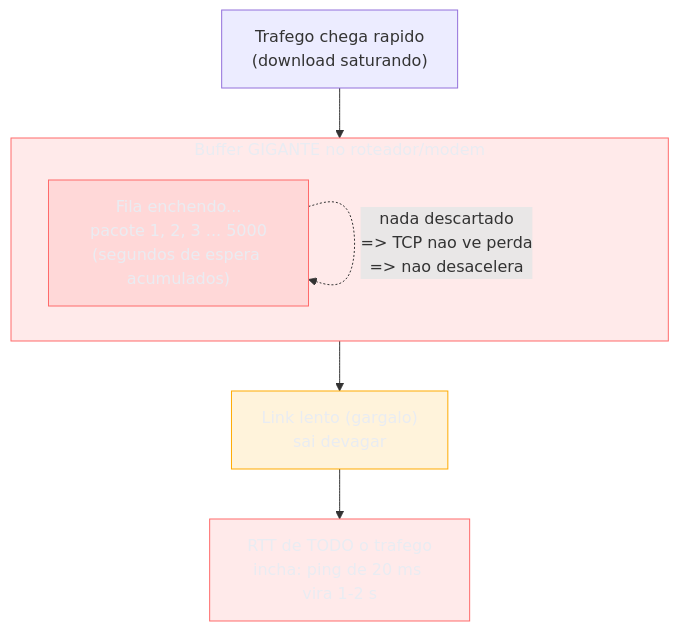
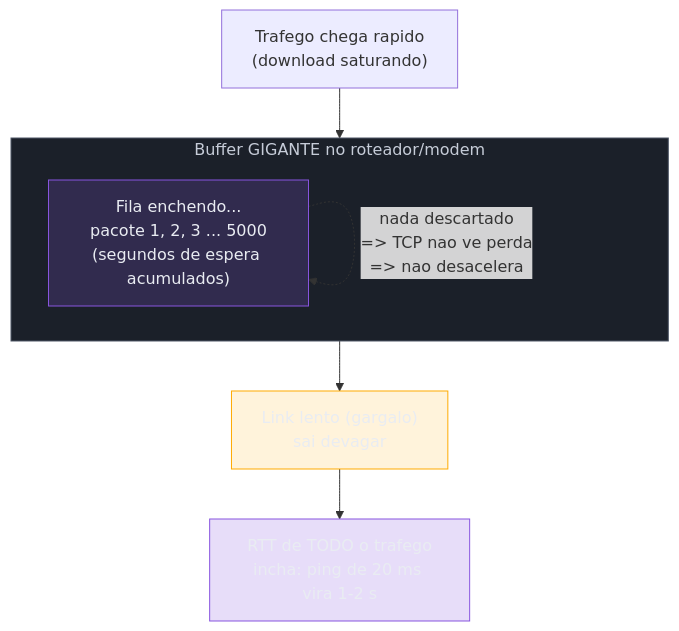
One commit to josenaldo/codex-technomanticus changed the fifth of 5 diagrams in 03-Dominios/Ciência/Redes e Protocolos/12 - Latência, throughput e os números.md. Above: the diagram before and after it, drawn with Mermaid. The commit also changed other lines of this file and 601 other files, not shown here.

````diff
--- a/03-Dominios/Ciência/Redes e Protocolos/12 - Latência, throughput e os números.md
+++ b/03-Dominios/Ciência/Redes e Protocolos/12 - Latência, throughput e os números.md
@@ -274,20 +274,21 @@
 ```mermaid
 flowchart TD
-    classDef falha fill:#FF6B6B24,stroke:#FF6B6B,color:#E9ECF2
+    classDef marca fill:#8855DF33,stroke:#8855DF,color:#E9ECF2
+    classDef neutro fill:#1B2029,stroke:#4E5666,color:#C6CCD8
     classDef destaque fill:#FFAA0024,stroke:#FFAA00,color:#E9ECF2
     SRC["Trafego chega rapido<br/>(download saturando)"] --> BUF
 
     subgraph BUF["Buffer GIGANTE no roteador/modem"]
         Q["Fila enchendo...<br/>pacote 1, 2, 3 ... 5000<br/>(segundos de espera acumulados)"]
     end
 
     BUF --> LINK["Link lento (gargalo)<br/>sai devagar"]
 
     Q -. "nada descartado<br/>=> TCP nao ve perda<br/>=> nao desacelera" .-> Q
     LINK --> RTT["RTT de TODO o trafego<br/>incha: ping de 20 ms vira 1-2 s"]
 
-    class BUF falha
-    class Q falha
-    class RTT falha
+    class BUF neutro
+    class Q marca
+    class RTT marca
     class LINK destaque
 ```
````
